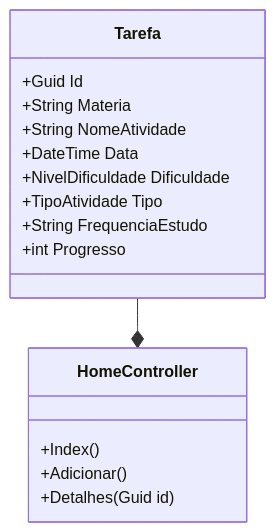
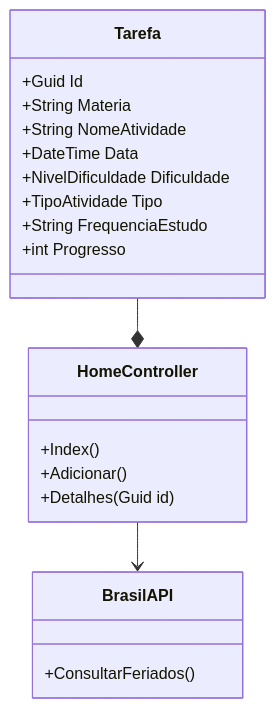
Before and after one commit to CamileXavierMedina/UniversitarioTask: the diagram in README.md, drawn with Mermaid. The commit also changed other lines of this file, not shown here.

````diff
--- a/README.md
+++ b/README.md
@@ -17,19 +20,26 @@
 ```mermaid
 classDiagram
     class Tarefa {
         +Guid Id
         +String Materia
         +String NomeAtividade
         +DateTime Data
         +NivelDificuldade Dificuldade
         +TipoAtividade Tipo
         +String FrequenciaEstudo
         +int Progresso
     }
+
     class HomeController {
         +Index()
         +Adicionar()
         +Detalhes(Guid id)
     }
+
+    class BrasilAPI {
+        +ConsultarFeriados()
+    }
+
     Tarefa --* HomeController
+    HomeController --> BrasilAPI
 ```
````
